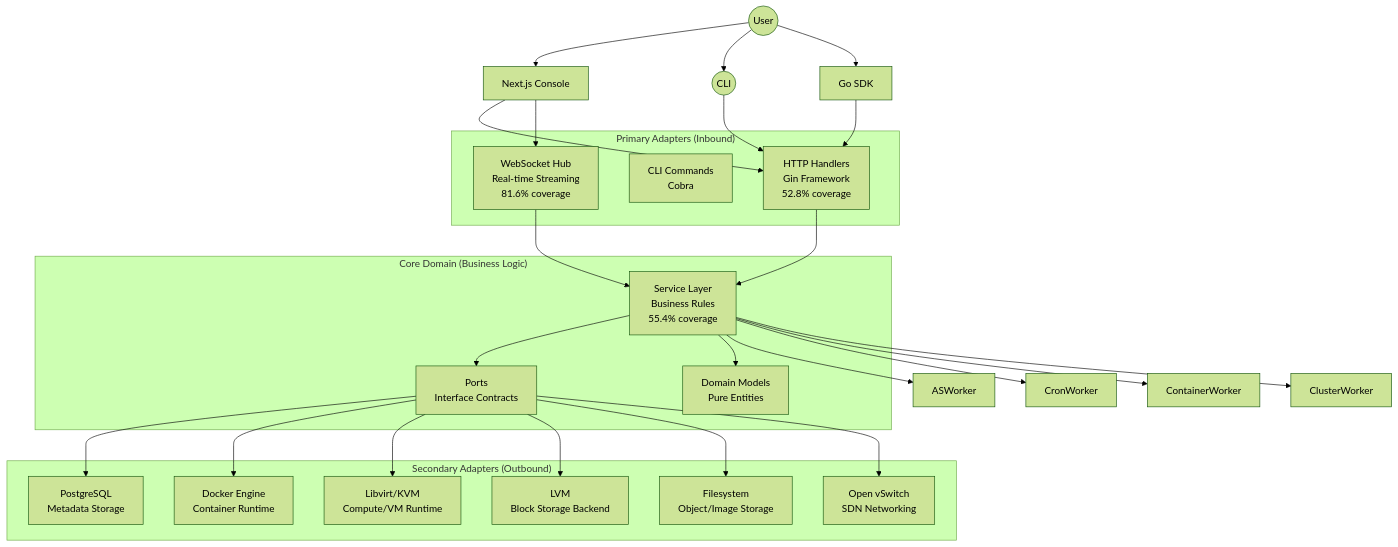
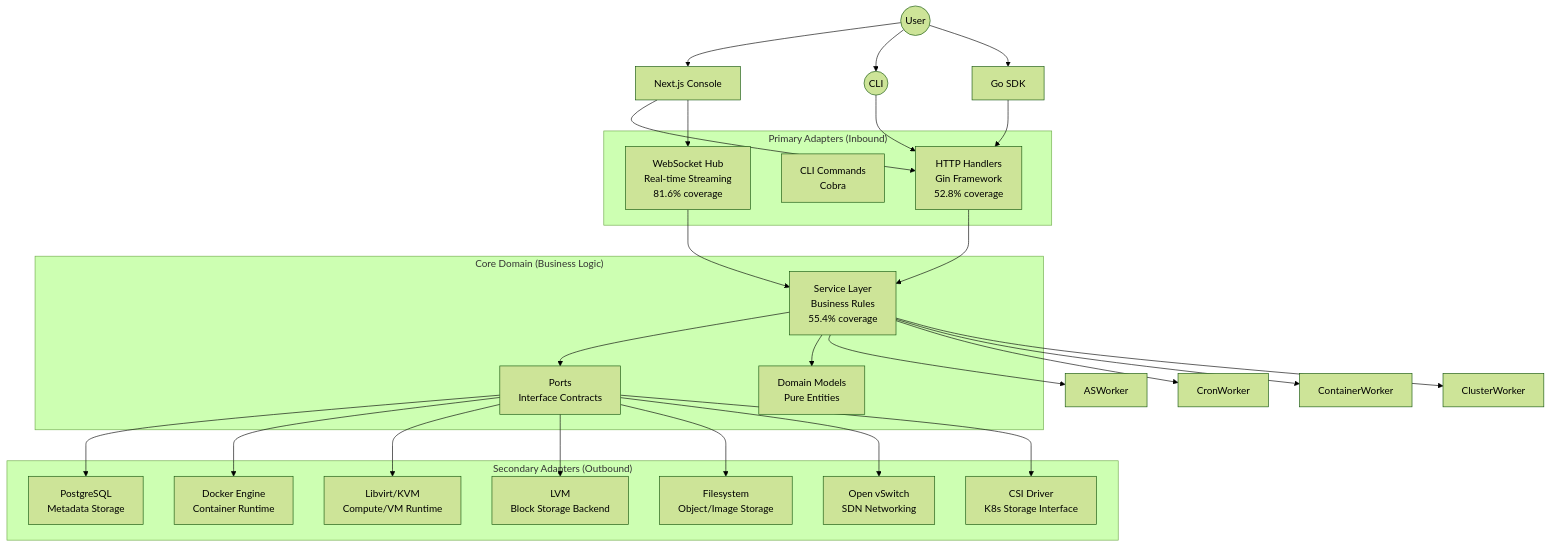
One commit to poyrazK/thecloud changed the first of 2 diagrams in docs/architecture.md. Above: the diagram before and after it, drawn with Mermaid (forest theme). The commit also changed other lines of this file and 1 other file, not shown here.

Commit message:
docs: update architecture and kubernetes guides with csi details

````diff
--- a/docs/architecture.md
+++ b/docs/architecture.md
@@ -13,50 +13,52 @@
 ```mermaid
 graph TB
     User((User))
     CLI((CLI))
     Console[Next.js Console]
     SDK[Go SDK]
 
     subgraph "Primary Adapters (Inbound)"
         Handler[HTTP Handlers<br/>Gin Framework<br/>52.8% coverage]
         Cmd[CLI Commands<br/>Cobra]
         WS[WebSocket Hub<br/>Real-time Streaming<br/>81.6% coverage]
     end
 
     subgraph "Core Domain (Business Logic)"
         Service[Service Layer<br/>Business Rules<br/>55.4% coverage]
         Domain[Domain Models<br/>Pure Entities]
         Ports[Ports<br/>Interface Contracts]
     end
 
     subgraph "Secondary Adapters (Outbound)"
         RepoPG[PostgreSQL<br/>Metadata Storage]
         RepoDocker[Docker Engine<br/>Container Runtime]
         RepoLibvirt[Libvirt/KVM<br/>Compute/VM Runtime]
         RepoLVM[LVM<br/>Block Storage Backend]
         RepoFS[Filesystem<br/>Object/Image Storage]
         RepoOVS[Open vSwitch<br/>SDN Networking]
+        RepoCSI[CSI Driver<br/>K8s Storage Interface]
     end
 
     User --> Console
     User --> CLI
     User --> SDK
     Console --> Handler
     Console --> WS
     CLI --> Handler
     SDK --> Handler
     Handler --> Service
     WS --> Service
     Service --> Ports
     Service --> Domain
     Ports --> RepoPG
     Ports --> RepoDocker
     Ports --> RepoLibvirt
     Ports --> RepoLVM
     Ports --> RepoFS
     Ports --> RepoOVS
+    Ports --> RepoCSI
     Service --> ASWorker
     Service --> CronWorker
     Service --> ContainerWorker
     Service --> ClusterWorker
 ```
````
